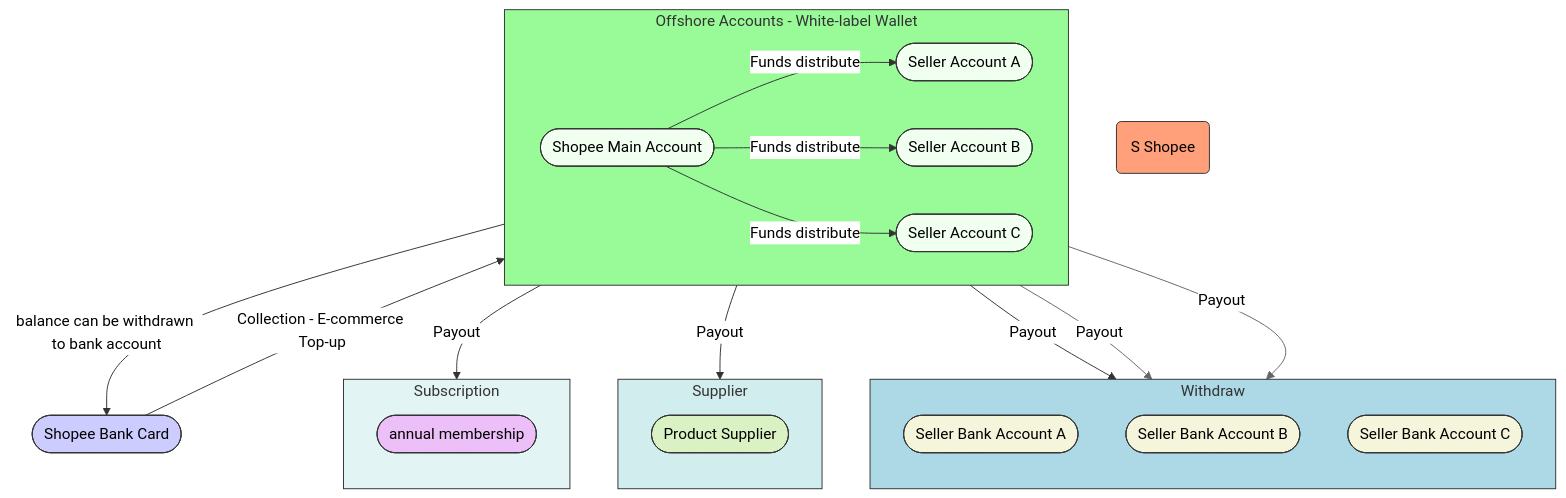
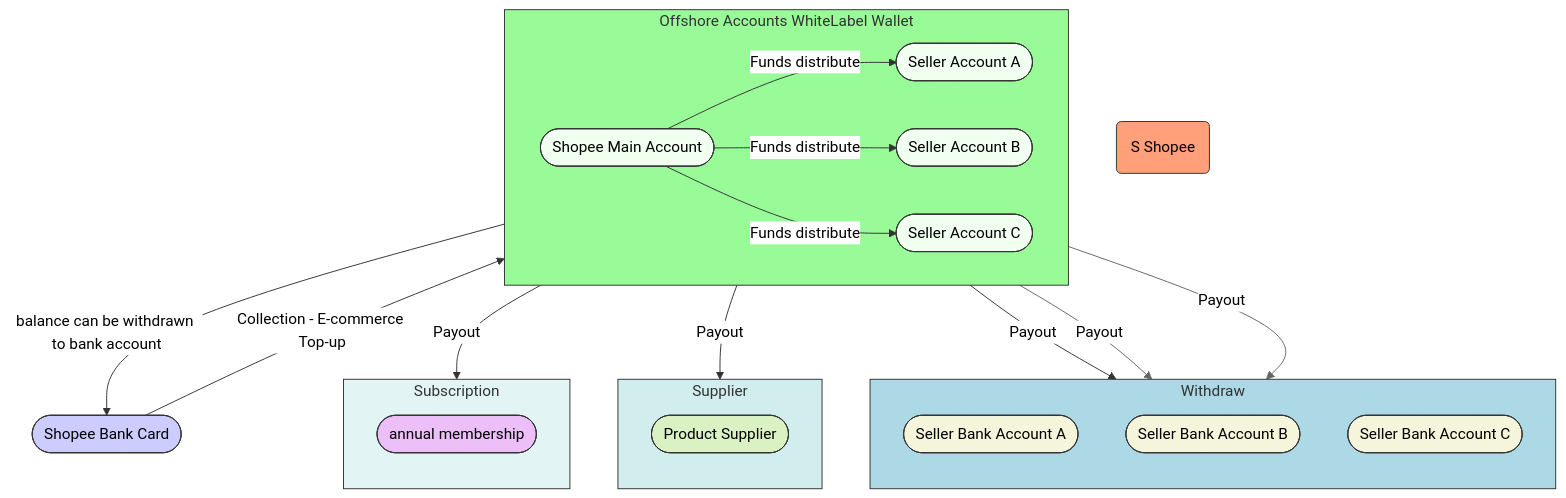
One commit to blaire101/data-warehouse-solutions changed the fifth of 6 diagrams in README.md. Above: the diagram before and after it, drawn with Mermaid (neutral theme).

````diff
--- a/README.md
+++ b/README.md
@@ -371,69 +371,69 @@
 ```mermaid
 graph TD
     %% Left side entities - Shopee above Shopee Bank Card
     Shopee(S Shopee)
     style Shopee fill:#FFA07A,stroke:#333,stroke-width:2px %% Adjusted to comfortable orange-yellow
     ShopeeBankCard([Shopee Bank Card])
     style ShopeeBankCard fill:#ccf,stroke:#333,stroke-width:2px %% Keep light blue for the card
 
     %% Central green box - Offshore Accounts White-label Official Wallet
-    subgraph SG_Wallet_T["Offshore Accounts - White-label Wallet"]
+    subgraph SG_Wallet_T["Offshore Accounts WhiteLabel Wallet"]
         direction LR %% Internal layout is more left-to-right
         style SG_Wallet_T fill:#98FB98,stroke:#333,stroke-width:2px %% Changed to light green
         SMA([Shopee Main Account])
         style SMA fill:#F0FFF0,stroke:#333,stroke-width:2px %% Keep very pale green
         SA_A([Seller Account A])
         style SA_A fill:#F0FFF0,stroke:#333,stroke-width:2px %% Keep very pale green
         SA_B([Seller Account B])
         style SA_B fill:#F0FFF0,stroke:#333,stroke-width:2px %% Keep very pale green
         SA_C([Seller Account C])
         style SA_C fill:#F0FFF0,stroke:#333,stroke-width:2px %% Keep very pale green
 
         SMA -- "Funds distribute" --> SA_A
         SMA -- "Funds distribute" --> SA_B
         SMA -- "Funds distribute" --> SA_C
         linkStyle 0,1,2 stroke:#333,stroke-width:1px
     end
 
     %% Right blue box - Seller Bank Accounts
     subgraph SG_SellerBanks["Withdraw"]
         direction TB %% Internal layout is top-to-bottom
         style SG_SellerBanks fill:#ADD8E6,stroke:#333,stroke-width:2px %% Changed to light blue
         SBA_A([Seller Bank Account A])
         style SBA_A fill:#F5F5DC,stroke:#333,stroke-width:2px %% Keep beige
         SBA_B([Seller Bank Account B])
         style SBA_B fill:#F5F5DC,stroke:#333,stroke-width:2px %% Keep beige
         SBA_C([Seller Bank Account C])
         style SBA_C fill:#F5F5DC,stroke:#333,stroke-width:2px %% Keep beige
     end
 
    %% Right blue box - Seller Product Supplier
     subgraph SZ_ProductSupplier["Supplier"]
         direction TB %% Internal layout is top-to-bottom
         style SZ_ProductSupplier fill:#ADD8,stroke:#333,stroke-width:2px %% Changed to light blue
         SPS_A([Product Supplier])
         style SPS_A fill:#FF23,stroke:#333,stroke-width:2px %% Keep beige
     end
 
     %% Right blue box - Seller Annual Subscription Plan
     subgraph Subs["Subscription"]
         direction TB %% Internal layout is top-to-bottom
         style Subs fill:#ADD5,stroke:#333,stroke-width:1px %% Changed to light blue
         SASP_C([annual membership])
         style SASP_C fill:#F5F5,stroke:#333,stroke-width:1px %% Keep beige
     end
 
     %% Connections between main sections
     ShopeeBankCard --> |Collection - E-commerce Top-up| SMA
     linkStyle 3 stroke:#333,stroke-width:1px,color:#000
 
     SMA --> |balance can be withdrawn to bank account| ShopeeBankCard
     linkStyle 4 stroke:#333,stroke-width:1px,color:#000
 
     SA_A --> |Payout| SBA_A
     SA_A --> |Payout| SPS_A
     SA_C --> |Payout| SASP_C
     SA_B --> |Payout| SBA_B
     SA_C --> |Payout| SBA_C
     linkStyle 5,6,7 stroke:#333,stroke-width:1px
 ```
````
